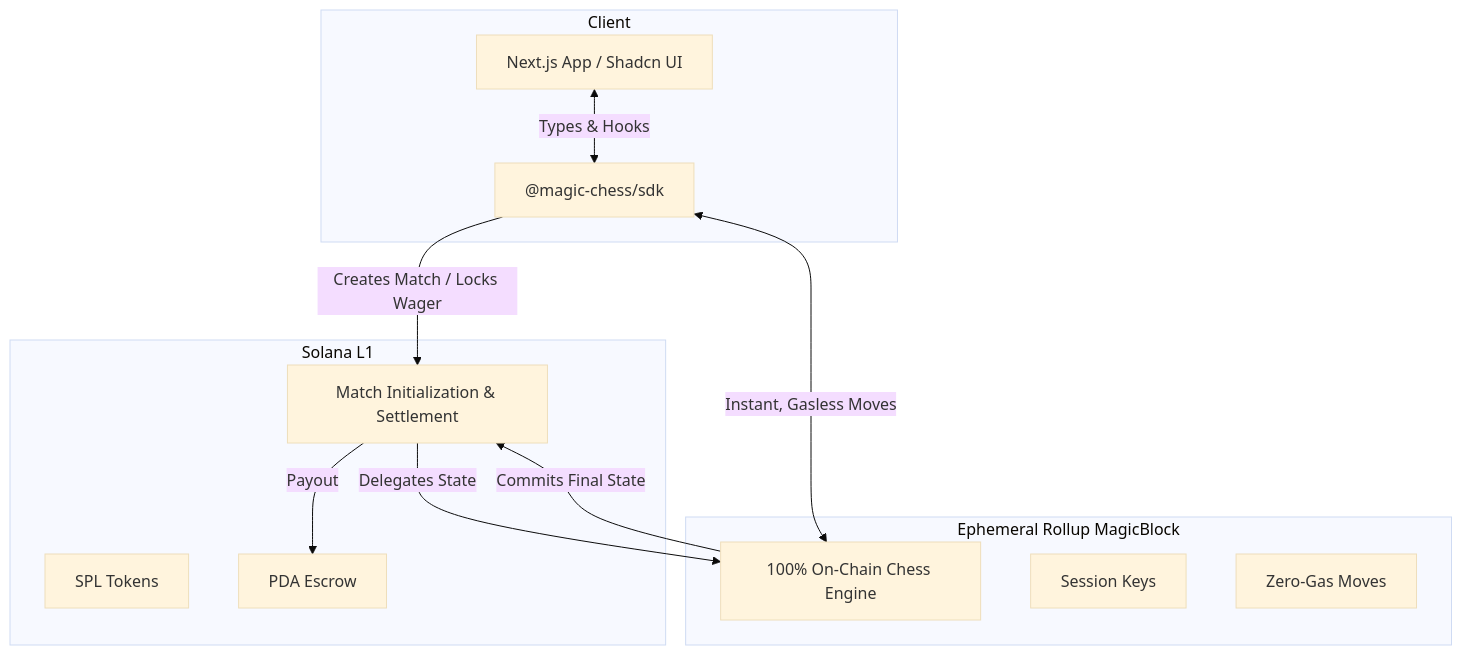
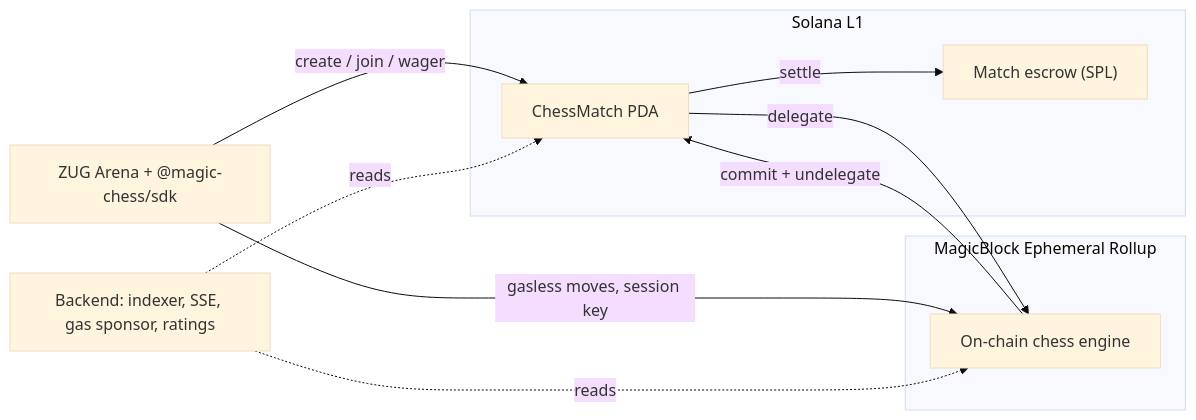
The diagram in README.md (amalnathsathyan/magic-chess), drawn with Mermaid (base theme) before and after one commit. The commit also changed other lines of this file and 211 other files, not shown here.

````diff
--- a/README.md
+++ b/README.md
@@ -67,26 +36,17 @@
 ```mermaid
-graph TD
-    subgraph Solana L1
-        Tokens[SPL Tokens]
-        Escrow[PDA Escrow]
-        MatchState["Match Initialization & Settlement"]
+flowchart LR
+    subgraph L1["Solana L1"]
+        Escrow["Match escrow (SPL)"]
+        Match["ChessMatch PDA"]
     end
-
-    subgraph Ephemeral Rollup MagicBlock
-        Engine["100% On-Chain Chess Engine"]
-        Session[Session Keys]
-        Gasless["Zero-Gas Moves"]
+    subgraph ER["MagicBlock Ephemeral Rollup"]
+        Engine["On-chain chess engine"]
     end
-
-    subgraph Client
-        UI["Next.js App / Shadcn UI"]
-        SDK["@magic-chess/sdk"]
-    end
-
-    UI <-->|Types & Hooks| SDK
-    SDK -->|Creates Match / Locks Wager| MatchState
-    MatchState -->|Delegates State| Engine
-    SDK <-->|Instant, Gasless Moves| Engine
-    Engine -->|Commits Final State| MatchState
-    MatchState -->|Payout| Escrow
+    App["ZUG Arena + @magic-chess/sdk"] -->|create / join / wager| Match
+    Match -->|delegate| Engine
+    App -->|gasless moves, session key| Engine
+    Engine -->|commit + undelegate| Match
+    Match -->|settle| Escrow
+    Backend["Backend: indexer, SSE, gas sponsor, ratings"] -.->|reads| Match
+    Backend -.->|reads| Engine
 ```
````
